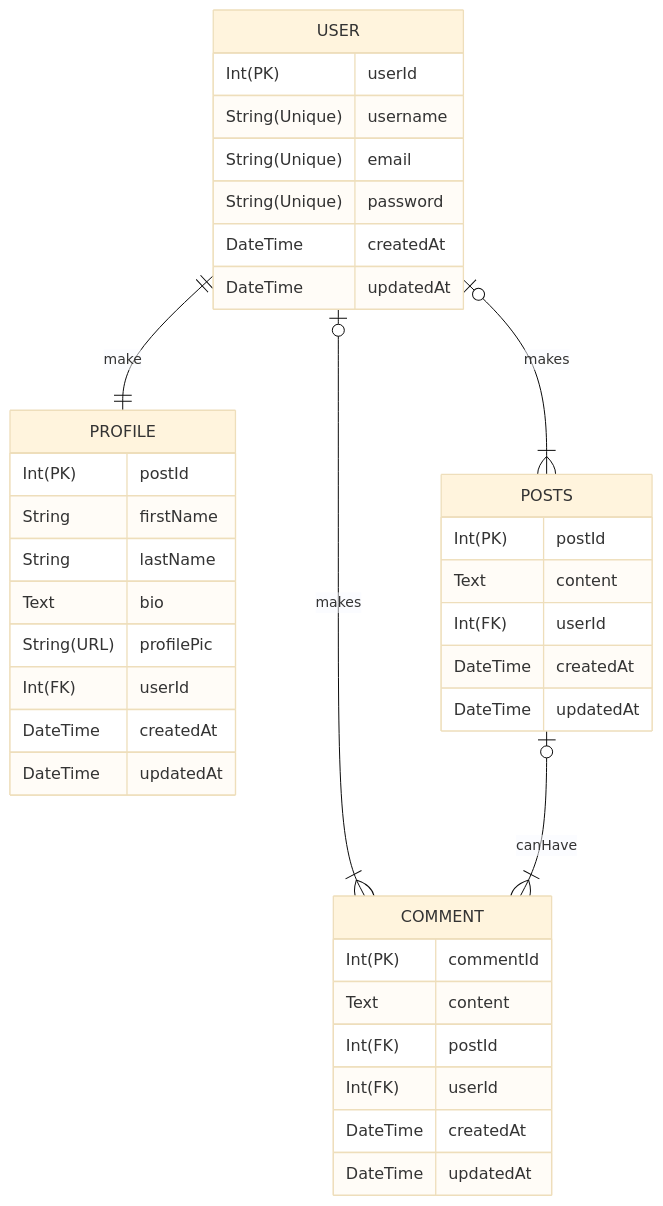
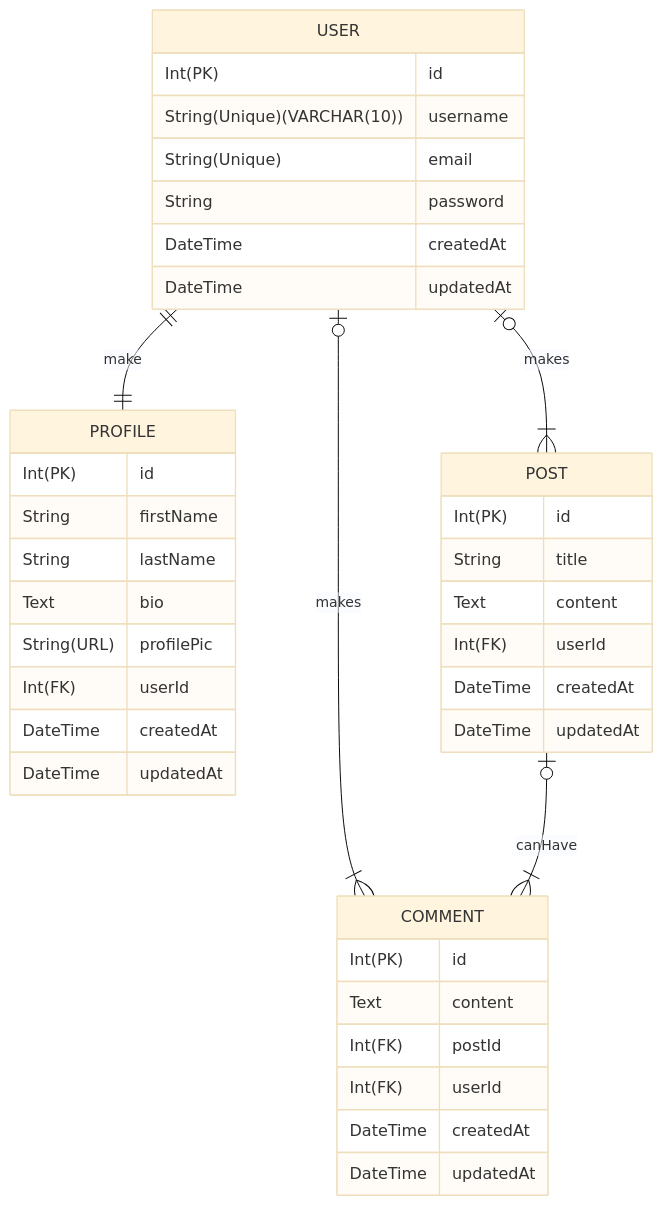
The diagram in ERD.md (boolean-uk/database-blog-challenge), drawn with Mermaid (base theme) before and after one commit. The commit also changed 2 other files, not shown here.

Commit message:
ADD: User, Profile, Post, Comment schemas.

````diff
--- a/ERD.md
+++ b/ERD.md
@@ -3,48 +3,49 @@
 ```mermaid
 erDiagram
 
 USER ||--|| PROFILE : make
 
 USER {
-    Int(PK) userId
-    String(Unique) username
+    Int(PK) id
+    String(Unique)(VARCHAR(10)) username
     String(Unique) email
-    String(Unique) password
+    String   password
     DateTime createdAt
     DateTime updatedAt
 }
 
-USER |o--|{ POSTS : makes
+USER |o--|{ POST : makes
 
 PROFILE {
-    Int(PK) postId
+    Int(PK) id
     String firstName
     String lastName
     Text bio
     String(URL) profilePic
     Int(FK) userId
     DateTime createdAt
     DateTime updatedAt
 }
 
 USER|o--|{ COMMENT : makes
 
 COMMENT {
-    Int(PK) commentId
+    Int(PK) id
     Text content
     Int(FK) postId
     Int(FK) userId
     DateTime createdAt
     DateTime updatedAt
 }
 
-POSTS |o--|{ COMMENT : canHave
+POST |o--|{ COMMENT : canHave
 
-POSTS {
-    Int(PK) postId
+POST {
+    Int(PK) id
+    String title
     Text content
     Int(FK) userId
     DateTime createdAt
     DateTime updatedAt
 }
 ```
````
